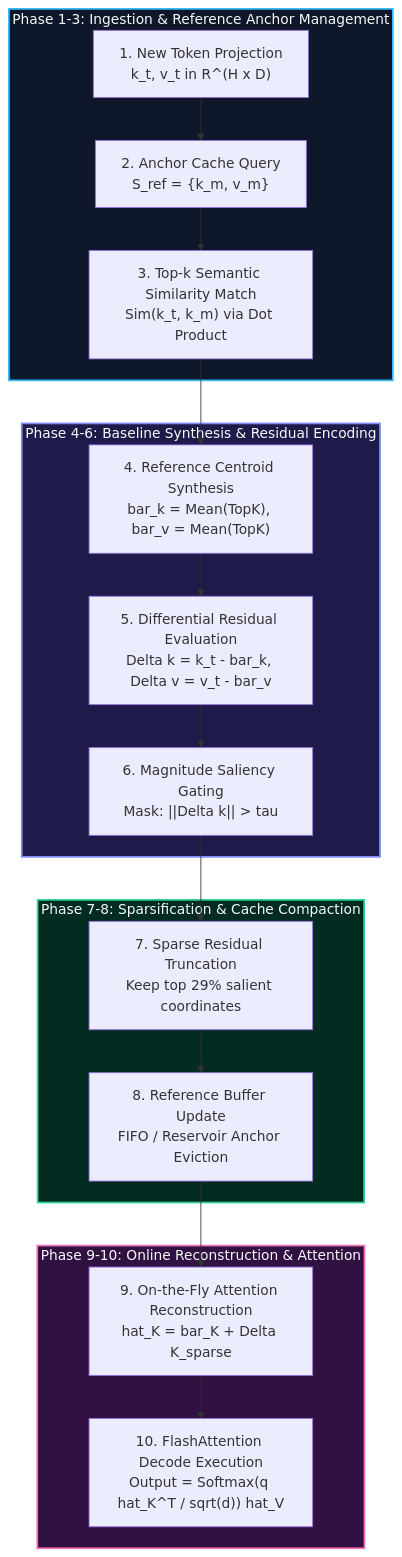
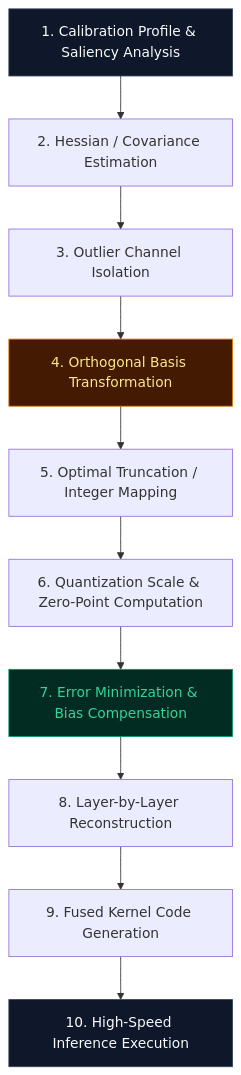
The second of 2 diagrams in Docs/content/compressions_blog/delta_kv_blog.md (tahamajs/NeuralOps), drawn with Mermaid before and after one commit. The commit also changed other lines of this file and 193 other files, not shown here.

````diff
--- a/Docs/content/compressions_blog/delta_kv_blog.md
+++ b/Docs/content/compressions_blog/delta_kv_blog.md
@@ -115,28 +75,17 @@
 ```mermaid
-flowchart TD
-    subgraph Phase1_3["Phase 1-3: Ingestion & Reference Anchor Management"]
-        P1["1. New Token Projection<br/>k_t, v_t in R^(H x D)"] --> P2["2. Anchor Cache Query<br/>S_ref = {k_m, v_m}"]
-        P2 --> P3["3. Top-k Semantic Similarity Match<br/>Sim(k_t, k_m) via Dot Product"]
-    end
+graph TD
+    Step1["1. Calibration Profile & Saliency Analysis"] --> Step2["2. Hessian / Covariance Estimation"]
+    Step2 --> Step3["3. Outlier Channel Isolation"]
+    Step3 --> Step4["4. Orthogonal Basis Transformation"]
+    Step4 --> Step5["5. Optimal Truncation / Integer Mapping"]
+    Step5 --> Step6["6. Quantization Scale & Zero-Point Computation"]
+    Step6 --> Step7["7. Error Minimization & Bias Compensation"]
+    Step7 --> Step8["8. Layer-by-Layer Reconstruction"]
+    Step8 --> Step9["9. Fused Kernel Code Generation"]
+    Step9 --> Step10["10. High-Speed Inference Execution"]
 
-    subgraph Phase4_6["Phase 4-6: Baseline Synthesis & Residual Encoding"]
-        P3 --> P4["4. Reference Centroid Synthesis<br/>bar_k = Mean(TopK), bar_v = Mean(TopK)"]
-        P4 --> P5["5. Differential Residual Evaluation<br/>Delta k = k_t - bar_k, Delta v = v_t - bar_v"]
-        P5 --> P6["6. Magnitude Saliency Gating<br/>Mask: ||Delta k|| > tau"]
-    end
-
-    subgraph Phase7_8["Phase 7-8: Sparsification & Cache Compaction"]
-        P6 --> P7["7. Sparse Residual Truncation<br/>Keep top 29% salient coordinates"]
-        P7 --> P8["8. Reference Buffer Update<br/>FIFO / Reservoir Anchor Eviction"]
-    end
-
-    subgraph Phase9_10["Phase 9-10: Online Reconstruction & Attention"]
-        P8 --> P9["9. On-the-Fly Attention Reconstruction<br/>hat_K = bar_K + Delta K_sparse"]
-        P9 --> P10["10. FlashAttention Decode Execution<br/>Output = Softmax(q hat_K^T / sqrt(d)) hat_V"]
-    end
-
-    style Phase1_3 fill:#0F172A,stroke:#38BDF8,stroke-width:2px,color:#F8FAFC
-    style Phase4_6 fill:#1E1B4B,stroke:#818CF8,stroke-width:2px,color:#F8FAFC
-    style Phase7_8 fill:#022C22,stroke:#34D399,stroke-width:2px,color:#F8FAFC
-    style Phase9_10 fill:#311042,stroke:#F472B6,stroke-width:2px,color:#F8FAFC
+    style Step1 fill:#0F172A,stroke:#334155,color:#F8FAFC
+    style Step4 fill:#451A03,stroke:#D97706,color:#FDE68A
+    style Step7 fill:#022C22,stroke:#059669,color:#34D399
+    style Step10 fill:#0F172A,stroke:#334155,color:#F8FAFC
 ```
````
